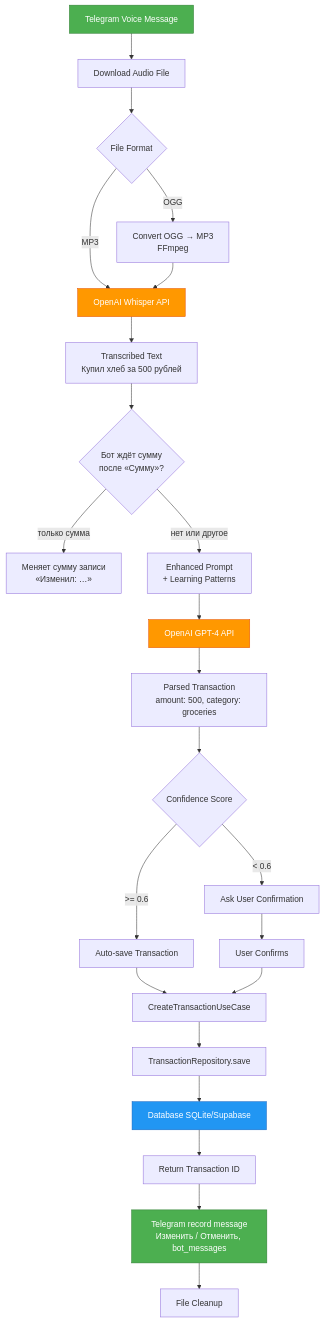
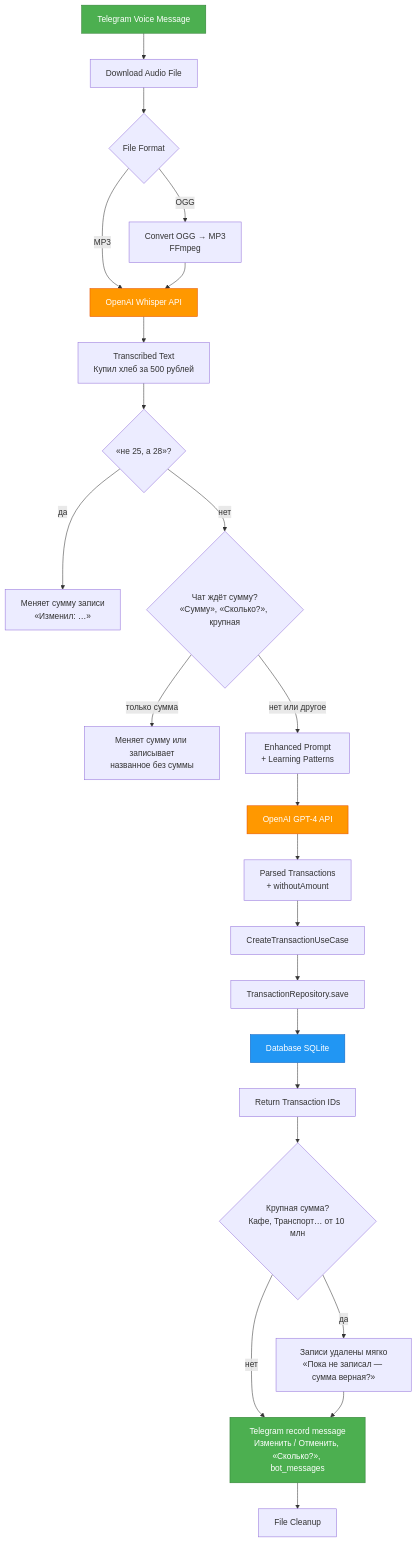
One commit to chollak/finance-tracker-backend changed the diagram in docs/knowledge-base/07-data-flow/voice-to-transaction.md. Above: the diagram before and after it, drawn with Mermaid. The commit also changed other lines of this file and 35 other files, not shown here.

````diff
--- a/docs/knowledge-base/07-data-flow/voice-to-transaction.md
+++ b/docs/knowledge-base/07-data-flow/voice-to-transaction.md
@@ -29,31 +29,31 @@
 ```mermaid
 flowchart TD
     A[Telegram Voice Message] --> B[Download Audio File]
     B --> C{File Format}
     C -->|OGG| D[Convert OGG → MP3<br/>FFmpeg]
     C -->|MP3| E[OpenAI Whisper API]
     D --> E
     E --> F[Transcribed Text<br/>Купил хлеб за 500 рублей]
-    F --> F1{Бот ждёт сумму<br/>после «Сумму»?}
-    F1 -->|только сумма| F2[Меняет сумму записи<br/>«Изменил: …»]
+    F --> F0{«не 25, а 28»?}
+    F0 -->|да| F3[Меняет сумму записи<br/>«Изменил: …»]
+    F0 -->|нет| F1{Чат ждёт сумму?<br/>«Сумму», «Сколько?», крупная}
+    F1 -->|только сумма| F2[Меняет сумму или записывает<br/>названное без суммы]
     F1 -->|нет или другое| G[Enhanced Prompt<br/>+ Learning Patterns]
     G --> H[OpenAI GPT-4 API]
-    H --> I[Parsed Transaction<br/>amount: 500, category: groceries]
-    I --> J{Confidence Score}
-    J -->|>= 0.6| K[Auto-save Transaction]
-    J -->|< 0.6| L[Ask User Confirmation]
-    K --> M[CreateTransactionUseCase]
-    L --> N[User Confirms]
-    N --> M
+    H --> I[Parsed Transactions<br/>+ withoutAmount]
+    I --> M[CreateTransactionUseCase]
     M --> O[TransactionRepository.save]
-    O --> P[Database SQLite/Supabase]
-    P --> Q[Return Transaction ID]
-    Q --> R[Telegram record message<br/>Изменить / Отменить, bot_messages]
+    O --> P[Database SQLite]
+    P --> Q[Return Transaction IDs]
+    Q --> J{Крупная сумма?<br/>Кафе, Транспорт… от 10 млн}
+    J -->|да| L[Записи удалены мягко<br/>«Пока не записал — сумма верная?»]
+    J -->|нет| R[Telegram record message<br/>Изменить / Отменить, «Сколько?», bot_messages]
+    L --> R
     R --> S[File Cleanup]
 
     style A fill:#4CAF50,stroke:#2E7D32,color:#fff
     style E fill:#FF9800,stroke:#E65100,color:#fff
     style H fill:#FF9800,stroke:#E65100,color:#fff
     style P fill:#2196F3,stroke:#1565C0,color:#fff
     style R fill:#4CAF50,stroke:#2E7D32,color:#fff
 ```
````
